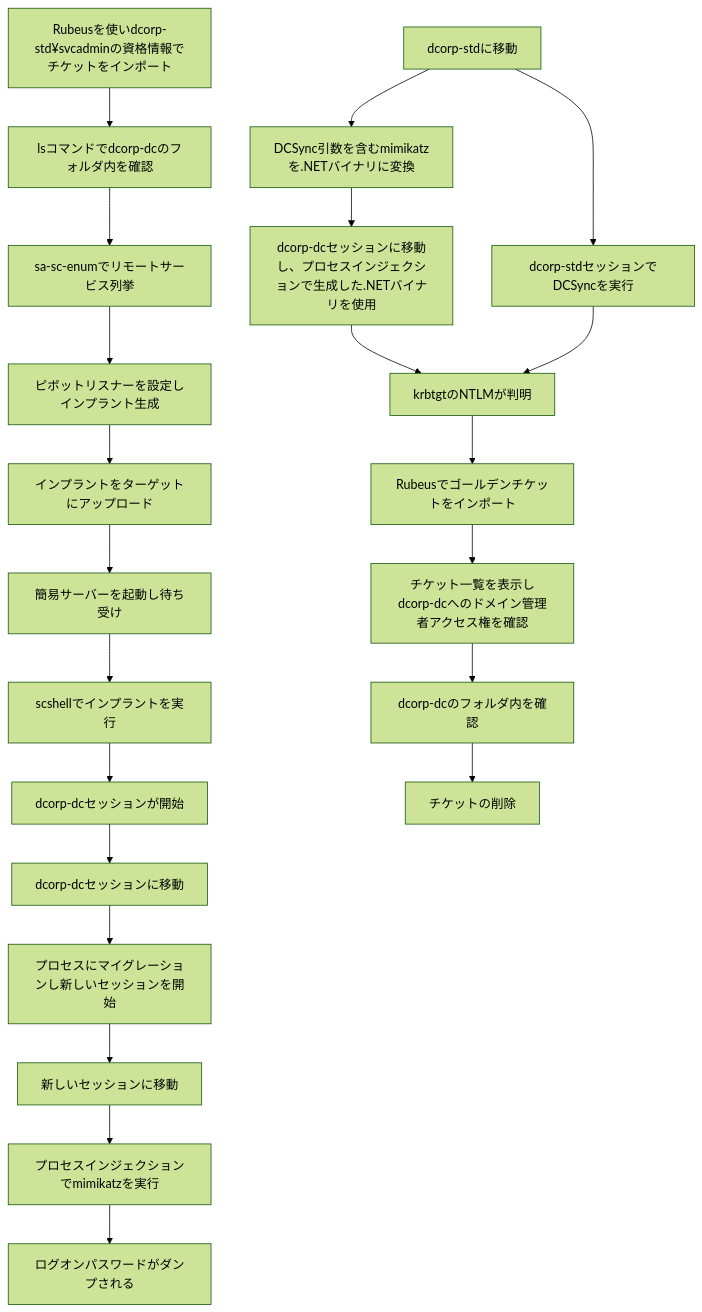
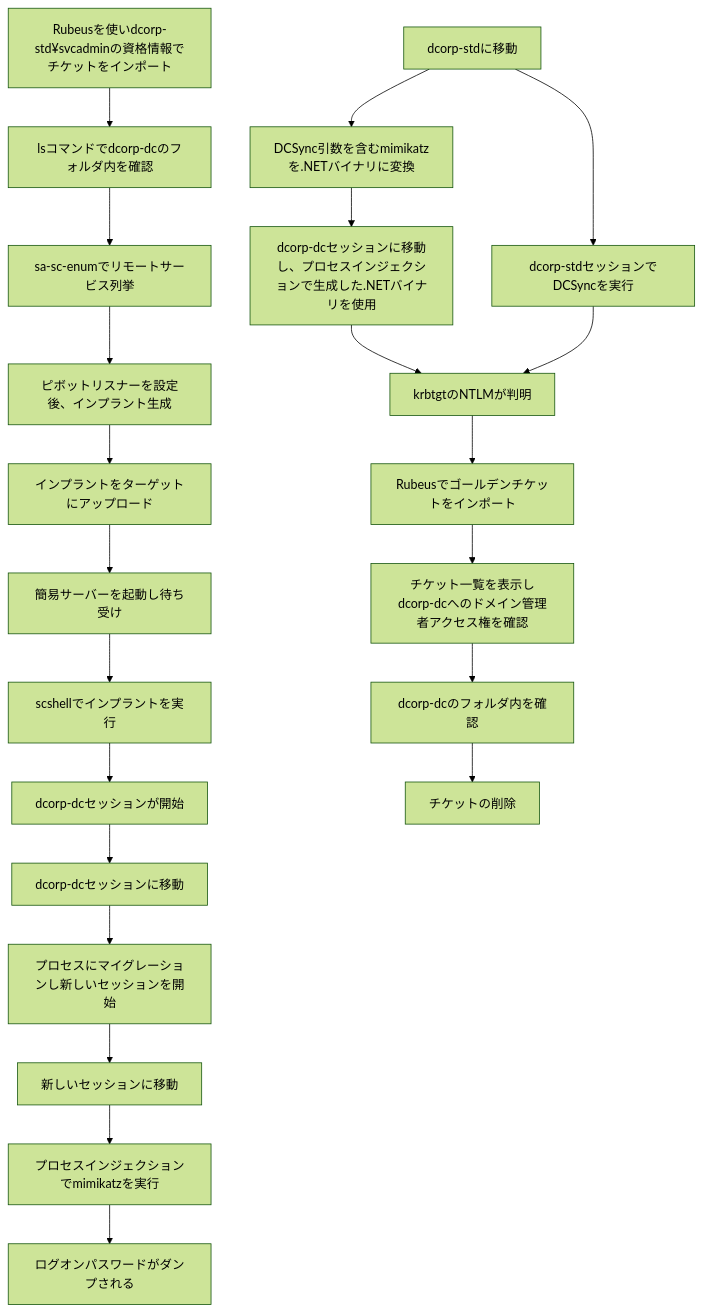
One commit to ballboyst/learend_recode changed the second of 2 diagrams in CRTP.md. Above: the diagram before and after it, drawn with Mermaid (forest theme). The commit also changed other lines of this file, not shown here.

````diff
--- a/CRTP.md
+++ b/CRTP.md
@@ -480,27 +482,27 @@
 ```mermaid
 graph TD;
 81[Rubeusを使いdcorp-std¥svcadminの資格情報でチケットをインポート]
 -->82[lsコマンドでdcorp-dcのフォルダ内を確認]
 -->83[sa-sc-enumでリモートサービス列挙]
--->84[ピボットリスナーを設定しインプラント生成]
+-->84[ピボットリスナーを設定後、インプラント生成]
 -->85[インプラントをターゲットにアップロード]
 -->86[簡易サーバーを起動し待ち受け]
 -->87[scshellでインプラントを実行]
 -->88[dcorp-dcセッションが開始]
 -->89[dcorp-dcセッションに移動]
 -->8a[プロセスにマイグレーションし新しいセッションを開始]
 -->8b[新しいセッションに移動]
 -->8c[プロセスインジェクションでmimikatzを実行]
 -->8d[ログオンパスワードがダンプされる]
 
 8e[dcorp-stdに移動]
 -->8f[DCSync引数を含むmimikatzを.NETバイナリに変換]
 -->8g[dcorp-dcセッションに移動し、プロセスインジェクションで生成した.NETバイナリを使用]
 -->8h[krbtgtのNTLMが判明]
 -->8i[Rubeusでゴールデンチケットをインポート]
 -->8j[チケット一覧を表示しdcorp-dcへのドメイン管理者アクセス権を確認]
 -->8k[dcorp-dcのフォルダ内を確認]
 -->8l[チケットの削除]
 8e-->8m[dcorp-stdセッションでDCSyncを実行]
 8m-->8h
 ```
````
